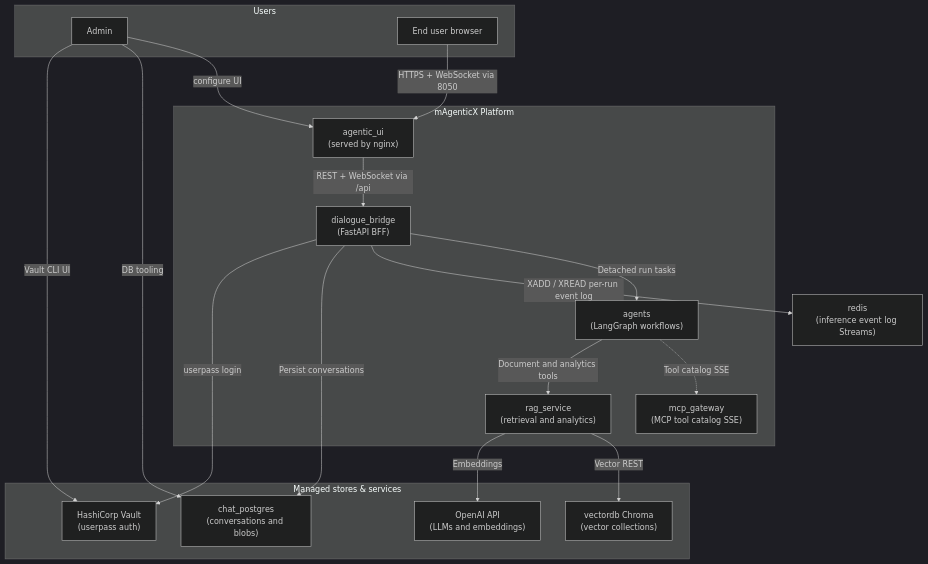
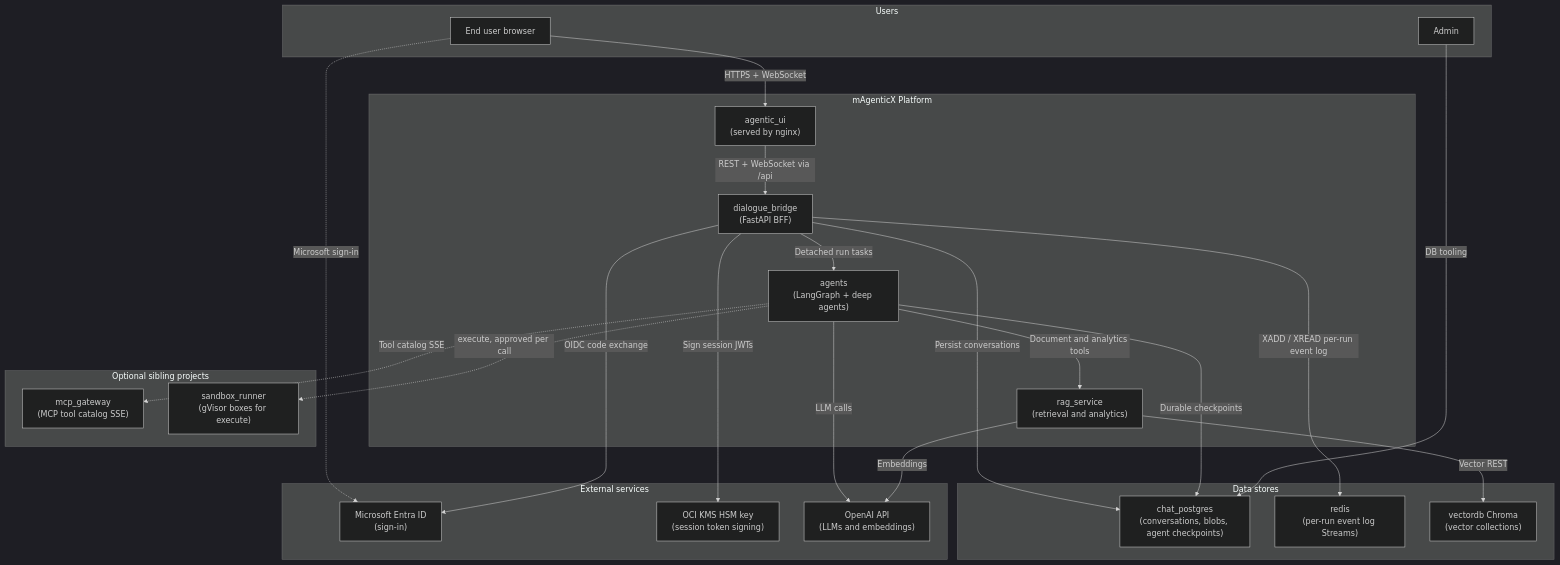
One commit to konstantinosmpouros/mAgenticX changed the eighth of 10 diagrams in README.md. Above: the diagram before and after it, drawn with Mermaid (dark theme). The commit also changed other lines of this file and 7 other files, not shown here.

First line of the commit message:
feat(agents): enable sandboxed execute on Dennis through the sandbox runner

````diff
--- a/README.md
+++ b/README.md
@@ -332,36 +407,48 @@
 ```mermaid
 flowchart TB
     subgraph Users["Users"]
         Admin["Admin"]
         Browser["End user browser"]
     end
 
     subgraph Platform["mAgenticX Platform"]
-        UI["agentic_ui\n(served by nginx)"]
-        Bridge["dialogue_bridge\n(FastAPI BFF)"]
-        Agents["agents\n(LangGraph workflows)"]
-        MCP["mcp_gateway\n(MCP tool catalog SSE)"]
-        RAG["rag_service\n(retrieval and analytics)"]
+        UI["agentic_ui<br/>(served by nginx)"]
+        Bridge["dialogue_bridge<br/>(FastAPI BFF)"]
+        Agents["agents<br/>(LangGraph + deep agents)"]
+        RAG["rag_service<br/>(retrieval and analytics)"]
     end
 
-    subgraph Stores["Managed stores & services"]
-        PG["chat_postgres\n(conversations and blobs)"]
-        Vault["HashiCorp Vault\n(userpass auth)"]
-        Chroma["vectordb Chroma\n(vector collections)"]
-        OpenAI["OpenAI API\n(LLMs and embeddings)"]
+    subgraph Stores["Data stores"]
+        PG["chat_postgres<br/>(conversations, blobs, agent checkpoints)"]
+        Redis["redis<br/>(per-run event log Streams)"]
+        Chroma["vectordb Chroma<br/>(vector collections)"]
     end
 
-    Admin -->|"configure UI"| UI
-    Browser -->|"HTTPS + WebSocket via 8050"| UI
+    subgraph Siblings["Optional sibling projects"]
+        MCP["mcp_gateway<br/>(MCP tool catalog SSE)"]
+        Sandbox["sandbox_runner<br/>(gVisor boxes for execute)"]
+    end
+
+    subgraph External["External services"]
+        Entra["Microsoft Entra ID<br/>(sign-in)"]
+        KMS["OCI KMS HSM key<br/>(session token signing)"]
+        OpenAI["OpenAI API<br/>(LLMs and embeddings)"]
+    end
+
+    Browser -->|"HTTPS + WebSocket"| UI
+    Browser -.->|"Microsoft sign-in"| Entra
     UI -->|"REST + WebSocket via /api"| Bridge
+    Bridge -->|"OIDC code exchange"| Entra
+    Bridge -->|"Sign session JWTs"| KMS
     Bridge -->|"Detached run tasks"| Agents
-    Bridge -->|"XADD / XREAD per-run event log"| Redis["redis<br/>(inference event log Streams)"]
+    Bridge -->|"XADD / XREAD per-run event log"| Redis
+    Bridge -->|"Persist conversations"| PG
+    Agents -->|"Durable checkpoints"| PG
+    Agents -->|"Document and analytics tools"| RAG
+    Agents -->|"LLM calls"| OpenAI
     Agents -.->|"Tool catalog SSE"| MCP
-    Bridge -->|"Persist conversations"| PG
-    Bridge -->|"userpass login"| Vault
-    Agents -->|"Document and analytics tools"| RAG
+    Agents -.->|"execute, approved per call"| Sandbox
     RAG -->|"Vector REST"| Chroma
     RAG -->|"Embeddings"| OpenAI
     Admin -->|"DB tooling"| PG
-    Admin -->|"Vault CLI UI"| Vault
 ```
````
